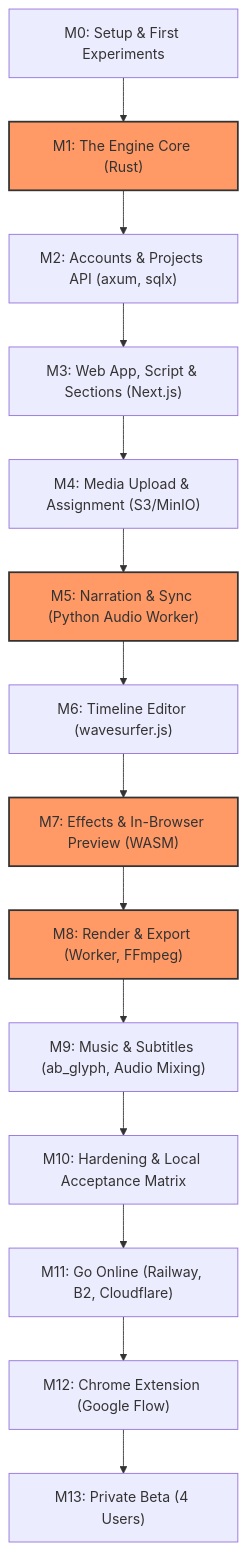
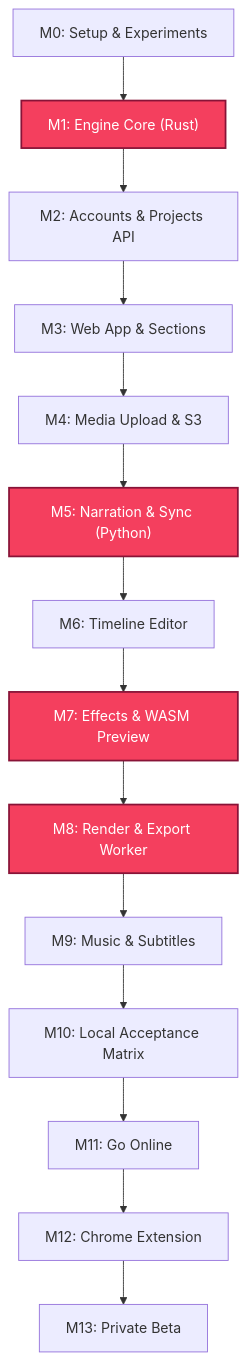
One commit to Crown001-tech/pace changed the diagram in docs/IMPLEMENTATION_PLAN.md. Above: the diagram before and after it, drawn with Mermaid. The commit also changed other lines of this file and 1 other file, not shown here.

````diff
--- a/docs/IMPLEMENTATION_PLAN.md
+++ b/docs/IMPLEMENTATION_PLAN.md
@@ -31,19 +67,19 @@
 ```mermaid
 flowchart TD
-    M0["M0: Setup & First Experiments"] --> M1["M1: The Engine Core (Rust)"]
-    M1 --> M2["M2: Accounts & Projects API (axum, sqlx)"]
-    M2 --> M3["M3: Web App, Script & Sections (Next.js)"]
-    M3 --> M4["M4: Media Upload & Assignment (S3/MinIO)"]
-    M4 --> M5["M5: Narration & Sync (Python Audio Worker)"]
-    M5 --> M6["M6: Timeline Editor (wavesurfer.js)"]
-    M6 --> M7["M7: Effects & In-Browser Preview (WASM)"]
-    M7 --> M8["M8: Render & Export (Worker, FFmpeg)"]
-    M8 --> M9["M9: Music & Subtitles (ab_glyph, Audio Mixing)"]
-    M9 --> M10["M10: Hardening & Local Acceptance Matrix"]
-    M10 --> M11["M11: Go Online (Railway, B2, Cloudflare)"]
-    M11 --> M12["M12: Chrome Extension (Google Flow)"]
-    M12 --> M13["M13: Private Beta (4 Users)"]
+    M0["M0: Setup & Experiments"] --> M1["M1: Engine Core (Rust)"]
+    M1 --> M2["M2: Accounts & Projects API"]
+    M2 --> M3["M3: Web App & Sections"]
+    M3 --> M4["M4: Media Upload & S3"]
+    M4 --> M5["M5: Narration & Sync (Python)"]
+    M5 --> M6["M6: Timeline Editor"]
+    M6 --> M7["M7: Effects & WASM Preview"]
+    M7 --> M8["M8: Render & Export Worker"]
+    M8 --> M9["M9: Music & Subtitles"]
+    M9 --> M10["M10: Local Acceptance Matrix"]
+    M10 --> M11["M11: Go Online"]
+    M11 --> M12["M12: Chrome Extension"]
+    M12 --> M13["M13: Private Beta"]
 
-    classDef critical fill:#f96,stroke:#333,stroke-width:2px;
+    classDef critical fill:#f43f5e,stroke:#881337,stroke-width:2px,color:#fff;
     class M1,M5,M7,M8 critical;
 ```
````
